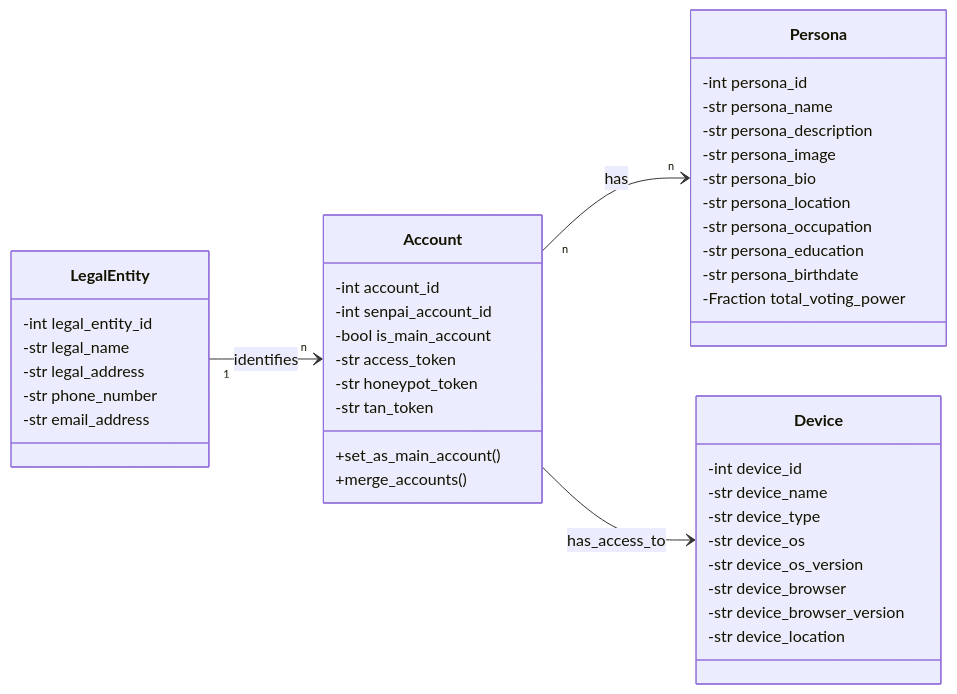
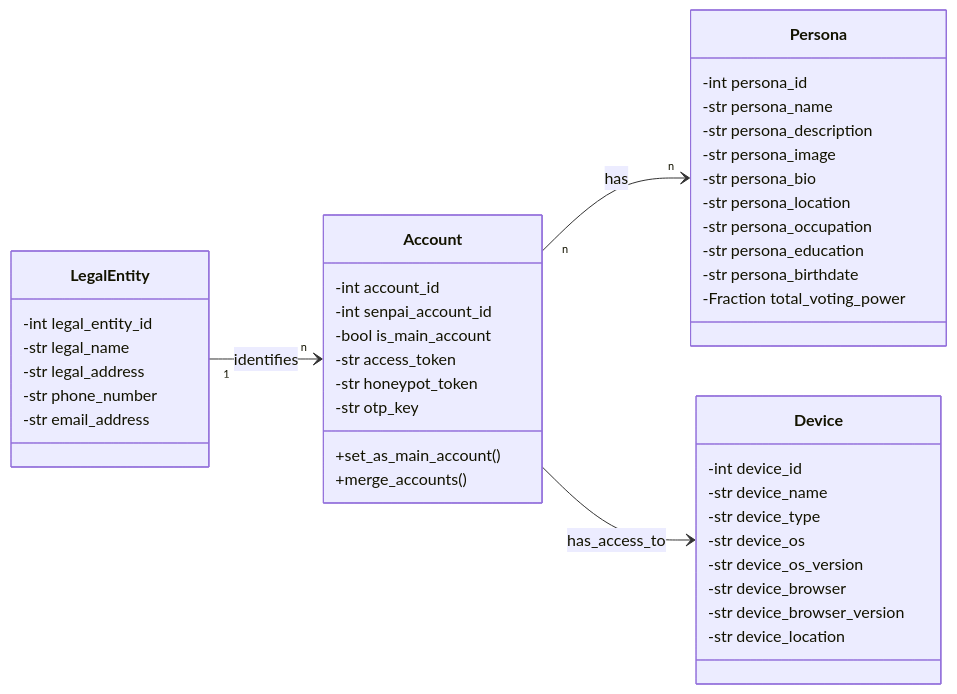
The first of 2 diagrams in Documentation/technical/voting.md (TetraPlex-org/central), drawn with Mermaid before and after one commit. The commit also changed 5 other files, not shown here.

Commit message:
docs(model): lots of mermaiding

````diff
--- a/Documentation/technical/voting.md
+++ b/Documentation/technical/voting.md
@@ -16,56 +16,56 @@
 ```mermaid
 classDiagram
 direction LR
     class LegalEntity{
         -int legal_entity_id
         -str legal_name
         -str legal_address
         -str phone_number
         -str email_address
     }
 
 
     class Account{
         -int account_id
         %% senpai is the account that introduced this account to the system
         -int senpai_account_id
         -bool is_main_account
         %% jwt token, used to login, simplest form of authentication, can't be used to access personal data
         -str access_token
         %% jwt token to derive fake access tokens to identify security leaks
         -str honeypot_token
         %% token used by OTP (one time password) apps like google authenticator for two-factor authentication (or how does this work?)
-        -str tan_token
+        -str otp_key
 
         +set_as_main_account()
         +merge_accounts()
     }
 
     class Device{
         -int device_id
         -str device_name
         -str device_type
         -str device_os
         -str device_os_version
         -str device_browser
         -str device_browser_version
         -str device_location
     }
 
     class Persona{
         -int persona_id
         -str persona_name
         -str persona_description
         -str persona_image
         -str persona_bio
         -str persona_location
         -str persona_occupation
         -str persona_education
         -str persona_birthdate
         -Fraction total_voting_power
     }
 
     Account "n" --> "n" Persona : has
     LegalEntity "1" --> "n" Account : identifies
     Account --> Device: has_access_to
 ```
````
